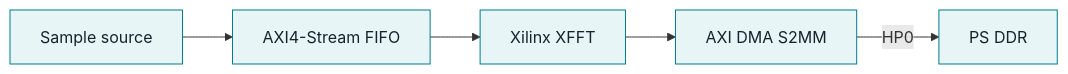
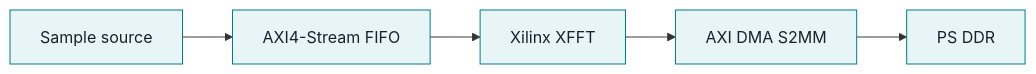
Before and after one commit to Linciyou/fpga-accelerated-embedded-linux-zynq: the diagram in README.md, drawn with Mermaid. The commit also changed other lines of this file, not shown here.

Commit message:
Revise README to enhance clarity on network access and capture data flow

````diff
--- a/README.md
+++ b/README.md
@@ -18,10 +18,10 @@
 ```mermaid
 flowchart LR
     source["Sample source"] --> fifo["AXI4-Stream FIFO"]
     fifo --> xfft["Xilinx XFFT"]
     xfft --> dma["AXI DMA S2MM"]
-    dma -->|"HP0"| ddr["PS DDR"]
+    dma --> ddr["PS DDR"]
 
     classDef block fill:#e7f5f6,stroke:#007d8a,color:#17232b
     class source,fifo,xfft,dma,ddr block
 ```
````
